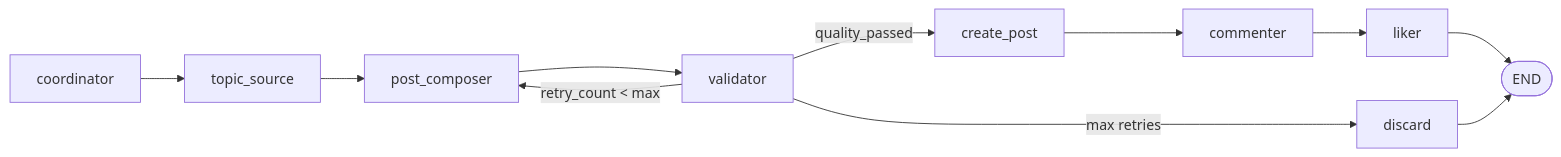
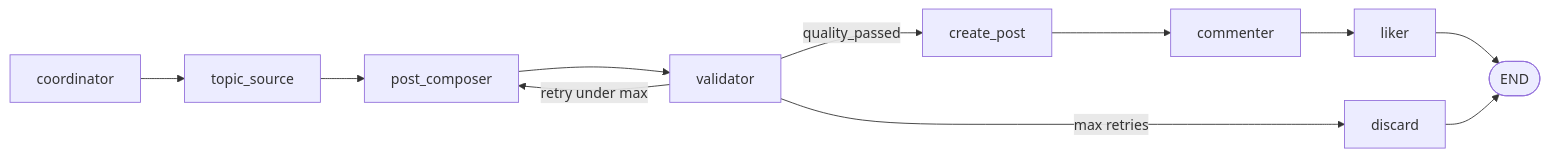
One commit to mk-hasan/mk-hasan-blog changed the diagram in src/data/blog/social-multi-agent-3.mdx. Above: the diagram before and after it, drawn with Mermaid. The commit also changed 17 other files, not shown here.

````diff
--- a/src/data/blog/social-multi-agent-3.mdx
+++ b/src/data/blog/social-multi-agent-3.mdx
@@ -34,13 +34,13 @@
 ```mermaid
 flowchart LR
     A[coordinator] --> B[topic_source]
     B --> C[post_composer]
     C --> D[validator]
     D -->|quality_passed| E[create_post]
-    D -->|retry_count < max| C
+    D -->|retry under max| C
     D -->|max retries| F[discard]
     E --> G[commenter]
     G --> H[liker]
     H --> I([END])
     F --> I
 ```
````
